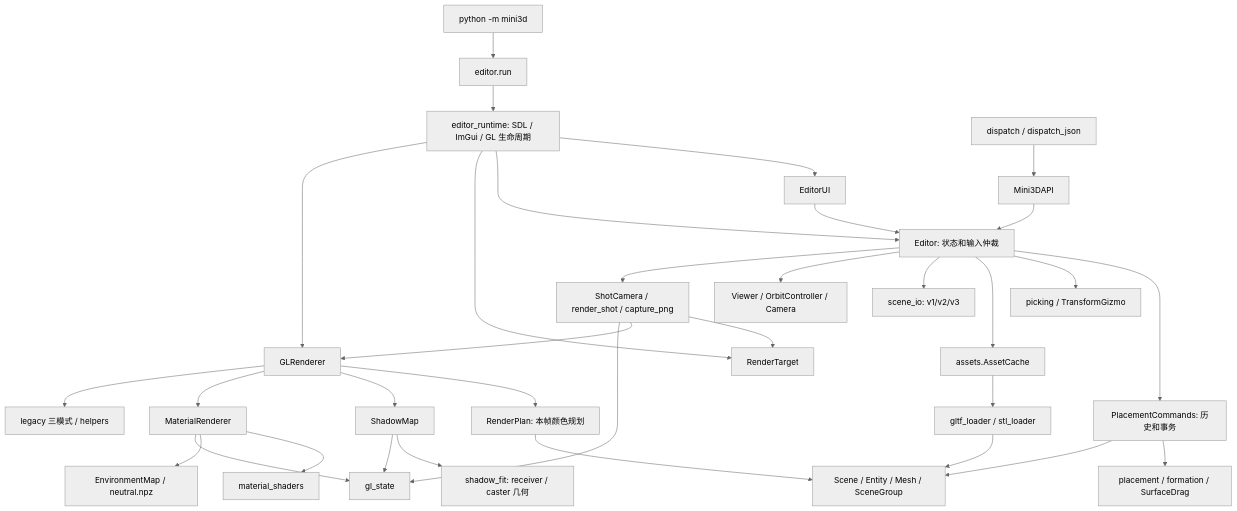
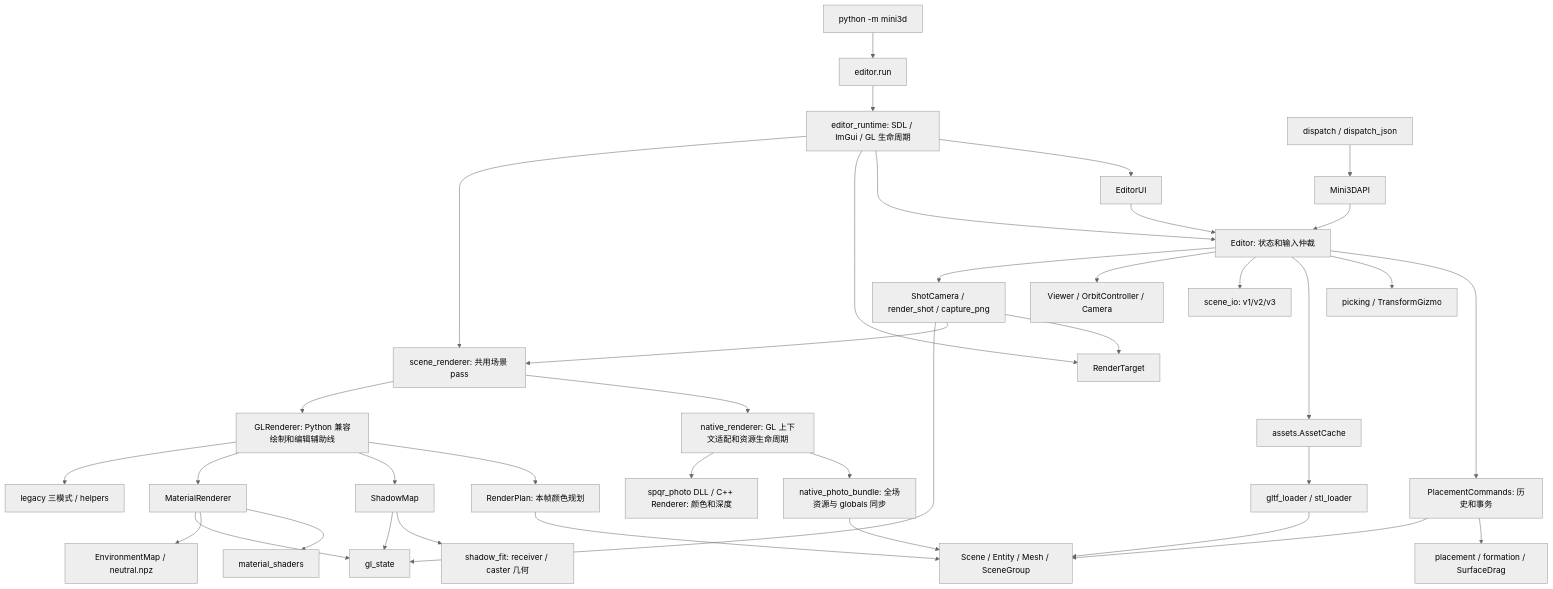
The diagram in docs/ARCHITECTURE.md (anyeshizhong/mini3d), drawn with Mermaid (neutral theme) before and after one commit. The commit also changed other lines of this file and 52 other files, not shown here.

````diff
--- a/docs/ARCHITECTURE.md
+++ b/docs/ARCHITECTURE.md
@@ -10,35 +24,40 @@
 ```mermaid
 flowchart TD
     Entry[python -m mini3d] --> Facade[editor.run]
     Facade --> Runtime[editor_runtime: SDL / ImGui / GL 生命周期]
     Runtime --> UI[EditorUI]
     Runtime --> E[Editor: 状态和输入仲裁]
     JSON[dispatch / dispatch_json] --> API[Mini3DAPI]
     API --> E
     UI --> E
     E --> CMD[PlacementCommands: 历史和事务]
     CMD --> PLACE[placement / formation / SurfaceDrag]
     E --> PICK[picking / TransformGizmo]
     CMD --> S[Scene / Entity / Mesh / SceneGroup]
     E --> ASSET[assets.AssetCache]
     ASSET --> LOAD[gltf_loader / stl_loader]
     LOAD --> S
     E --> IO[scene_io: v1/v2/v3]
     E --> VIEW[Viewer / OrbitController / Camera]
     E --> SHOT[ShotCamera / render_shot / capture_png]
     Runtime --> RT[RenderTarget]
     SHOT --> RT
-    Runtime --> GL[GLRenderer]
-    SHOT --> GL
+    Runtime --> PASS[scene_renderer: 共用场景 pass]
+    SHOT --> PASS
+    PASS --> NATIVE[native_renderer: GL 上下文适配和资源生命周期]
+    NATIVE --> BUNDLE[native_photo_bundle: 全场资源与 globals 同步]
+    BUNDLE --> S
+    NATIVE --> CPP[spqr_photo DLL / C++ Renderer: 颜色和深度]
+    PASS --> GL[GLRenderer: Python 兼容绘制和编辑辅助线]
     GL --> PLAN[RenderPlan: 本帧颜色规划]
     PLAN --> S
     GL --> SM[ShadowMap]
     SM --> FIT[shadow_fit: receiver / caster 几何]
     GL --> MR[MaterialRenderer]
     GL --> LEGACY[legacy 三模式 / helpers]
     MR --> GLSL[material_shaders]
     MR --> ENV[EnvironmentMap / neutral.npz]
     MR --> STATE[gl_state]
     SM --> STATE
     SHOT --> STATE
 ```
````
